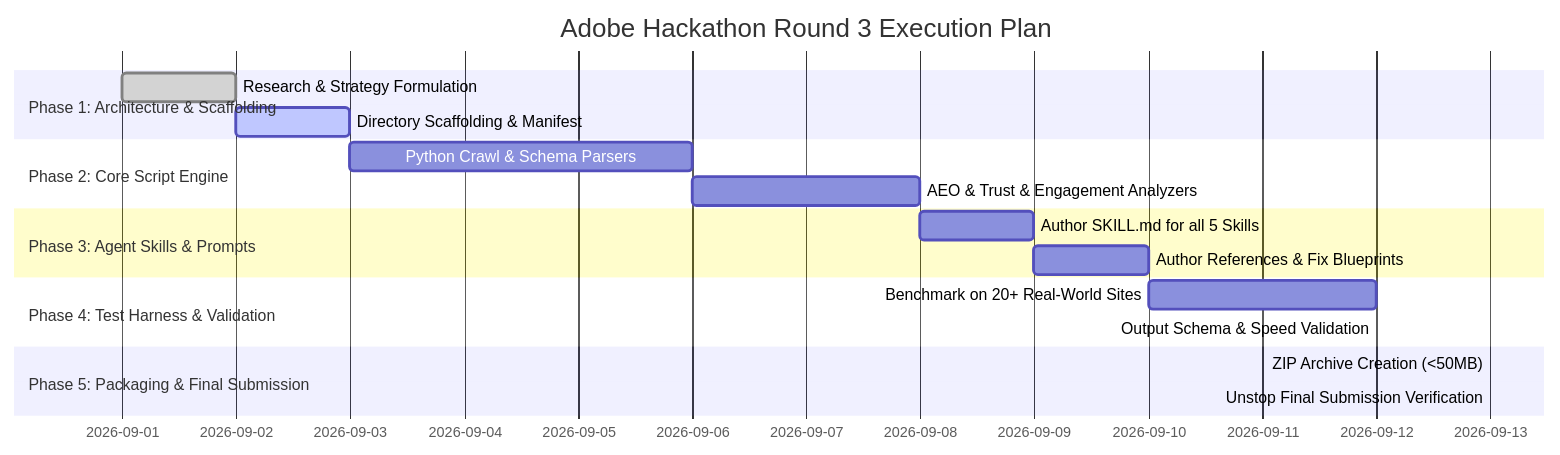
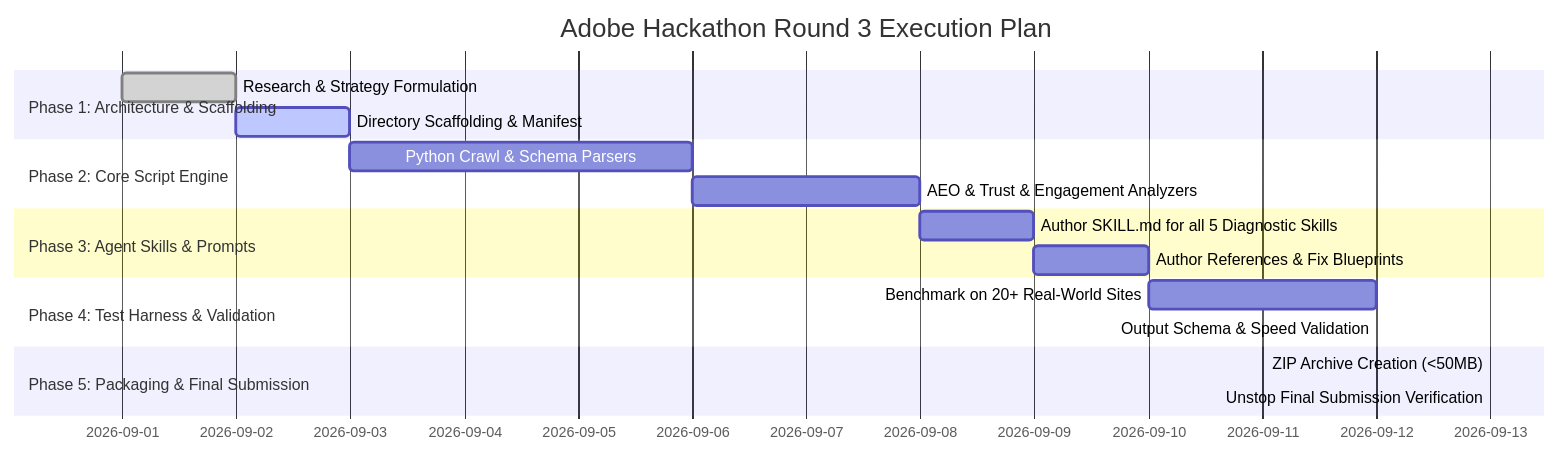
One commit to SH20RAJ/adobe-hackathon-2026 changed the diagram in docs/06_EXECUTION_TIMELINE_AND_MILESTONE_ROADMAP.md. Above: the diagram before and after it, drawn with Mermaid. The commit also changed other lines of this file and 19 other files, not shown here.

````diff
--- a/docs/06_EXECUTION_TIMELINE_AND_MILESTONE_ROADMAP.md
+++ b/docs/06_EXECUTION_TIMELINE_AND_MILESTONE_ROADMAP.md
@@ -12,20 +12,20 @@
 ```mermaid
 gantt
     title Adobe Hackathon Round 3 Execution Plan
     dateFormat  YYYY-MM-DD
     section Phase 1: Architecture & Scaffolding
     Research & Strategy Formulation      :done, 2026-09-01, 2026-09-02
     Directory Scaffolding & Manifest     :active, 2026-09-02, 2026-09-03
     section Phase 2: Core Script Engine
     Python Crawl & Schema Parsers        :2026-09-03, 2026-09-06
     AEO & Trust & Engagement Analyzers   :2026-09-06, 2026-09-08
     section Phase 3: Agent Skills & Prompts
-    Author SKILL.md for all 5 Skills     :2026-09-08, 2026-09-09
+    Author SKILL.md for all 5 Diagnostic Skills :2026-09-08, 2026-09-09
     Author References & Fix Blueprints   :2026-09-09, 2026-09-10
     section Phase 4: Test Harness & Validation
     Benchmark on 20+ Real-World Sites    :2026-09-10, 2026-09-12
     Output Schema & Speed Validation     :2026-09-12, 2026-09-12
     section Phase 5: Packaging & Final Submission
     ZIP Archive Creation (<50MB)         :2026-09-13, 2026-09-13
     Unstop Final Submission Verification :2026-09-13, 2026-09-13
 ```
````
